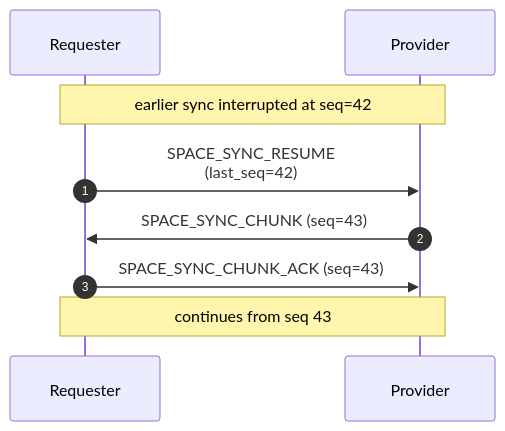
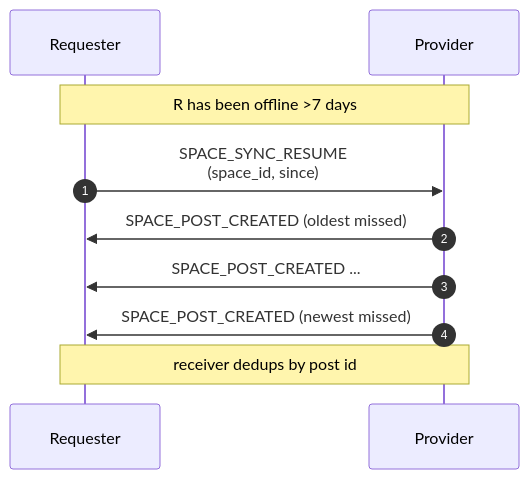
One commit to social-home-io/socialhome changed the second of 2 diagrams in docs/protocol/sync.md. Above: the diagram before and after it, drawn with Mermaid. The commit also changed other lines of this file and 5 other files, not shown here.

````diff
--- a/docs/protocol/sync.md
+++ b/docs/protocol/sync.md
@@ -58,11 +66,12 @@
 ```mermaid
 sequenceDiagram
     autonumber
     participant R as Requester
     participant P as Provider
-    Note over R,P: earlier sync interrupted at seq=42
-    R->>P: SPACE_SYNC_RESUME<br/>(last_seq=42)
-    P->>R: SPACE_SYNC_CHUNK (seq=43)
-    R->>P: SPACE_SYNC_CHUNK_ACK (seq=43)
-    Note over R,P: continues from seq 43
+    Note over R,P: R has been offline >7 days
+    R->>P: SPACE_SYNC_RESUME<br/>(space_id, since)
+    P->>R: SPACE_POST_CREATED (oldest missed)
+    P->>R: SPACE_POST_CREATED ...
+    P->>R: SPACE_POST_CREATED (newest missed)
+    Note over R,P: receiver dedups by post id
 ```
````
